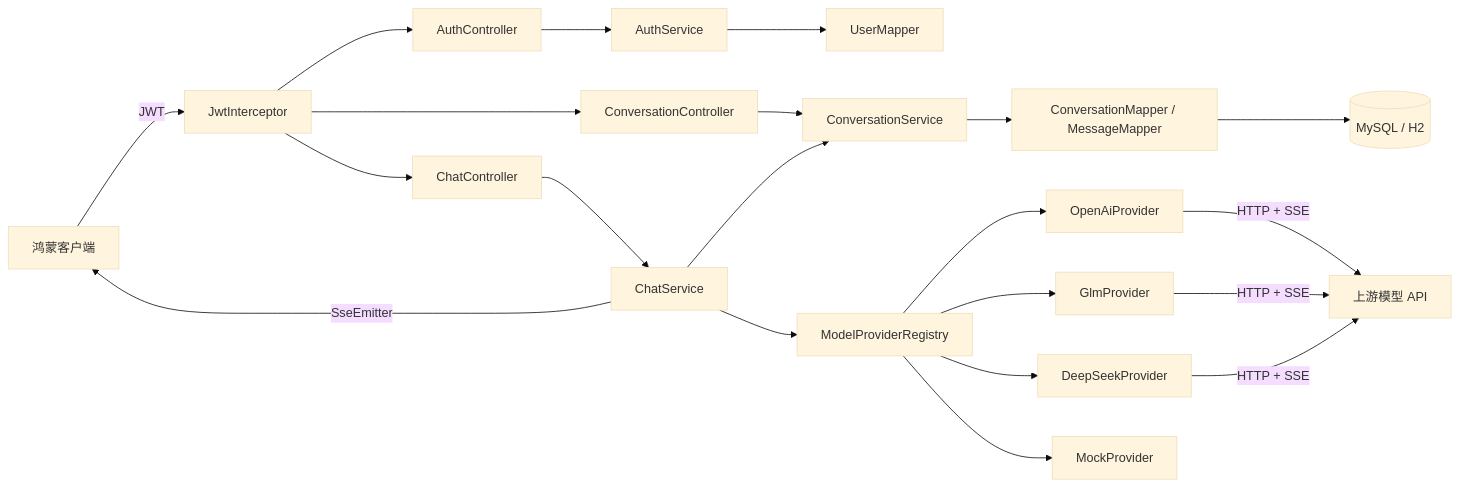
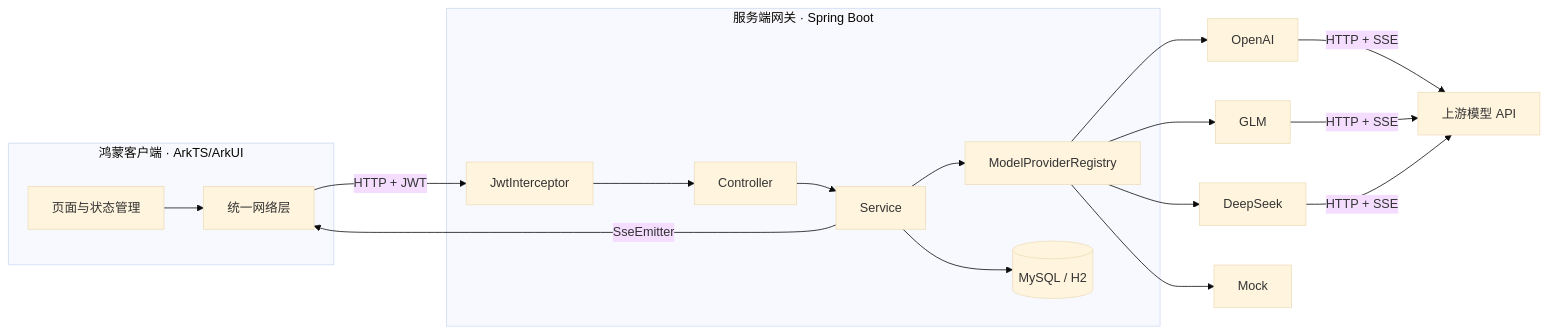
Before and after one commit to MXYYY0819/Harmony-ai-assistant: the diagram in README.md, drawn with Mermaid (base theme). The commit also changed other lines of this file and 133 other files, not shown here.

Commit message:
refactor: 服务端移入 server/，新增 client/ 鸿蒙客户端源码

````diff
--- a/README.md
+++ b/README.md
@@ -31,19 +27,19 @@
 ```mermaid
 flowchart LR
-    C[鸿蒙客户端] -->|JWT| I[JwtInterceptor]
-    I --> AC[AuthController]
-    I --> CC[ConversationController]
-    I --> CH[ChatController]
-    AC --> AS[AuthService] --> UM[UserMapper]
-    CC --> CS[ConversationService] --> M[ConversationMapper / MessageMapper]
-    CH --> CHS[ChatService]
-    CHS --> CS
-    CHS --> R[ModelProviderRegistry]
-    R --> OA[OpenAiProvider]
-    R --> GL[GlmProvider]
-    R --> DS[DeepSeekProvider]
-    R --> MK[MockProvider]
-    OA & GL & DS -->|HTTP + SSE| UP[上游模型 API]
-    CHS -->|SseEmitter| C
-    M --> DB[(MySQL / H2)]
+    subgraph Client[鸿蒙客户端 · ArkTS/ArkUI]
+        UI[页面与状态管理] --> NET[统一网络层]
+    end
+    NET -->|HTTP + JWT| GW
+    subgraph Server[服务端网关 · Spring Boot]
+        GW[JwtInterceptor] --> CTL[Controller]
+        CTL --> SVC[Service]
+        SVC --> REG[ModelProviderRegistry]
+        SVC --> DB[(MySQL / H2)]
+    end
+    REG --> P1[OpenAI]
+    REG --> P2[GLM]
+    REG --> P3[DeepSeek]
+    REG --> P4[Mock]
+    P1 & P2 & P3 -->|HTTP + SSE| UP[上游模型 API]
+    SVC -->|SseEmitter| NET
 ```
````
